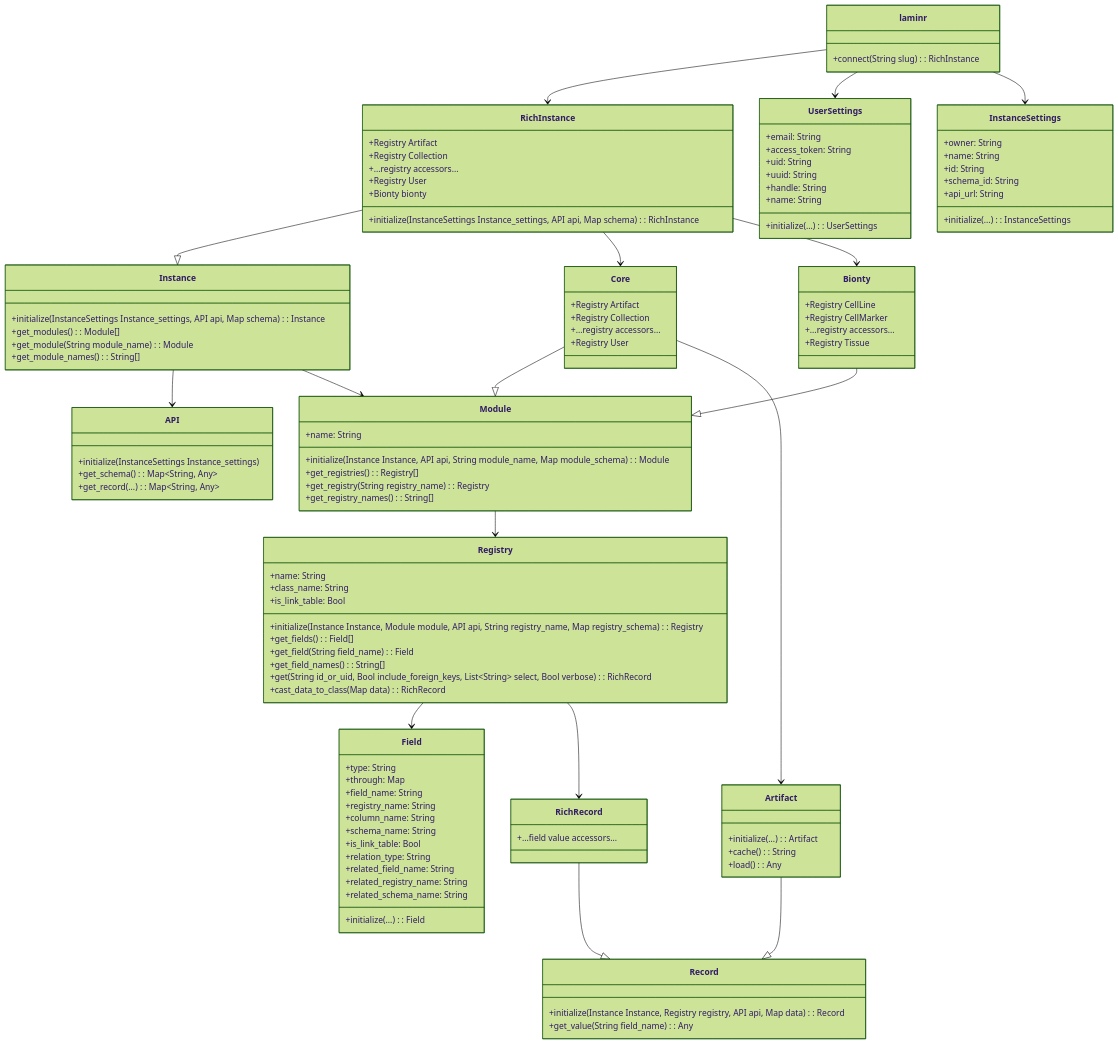
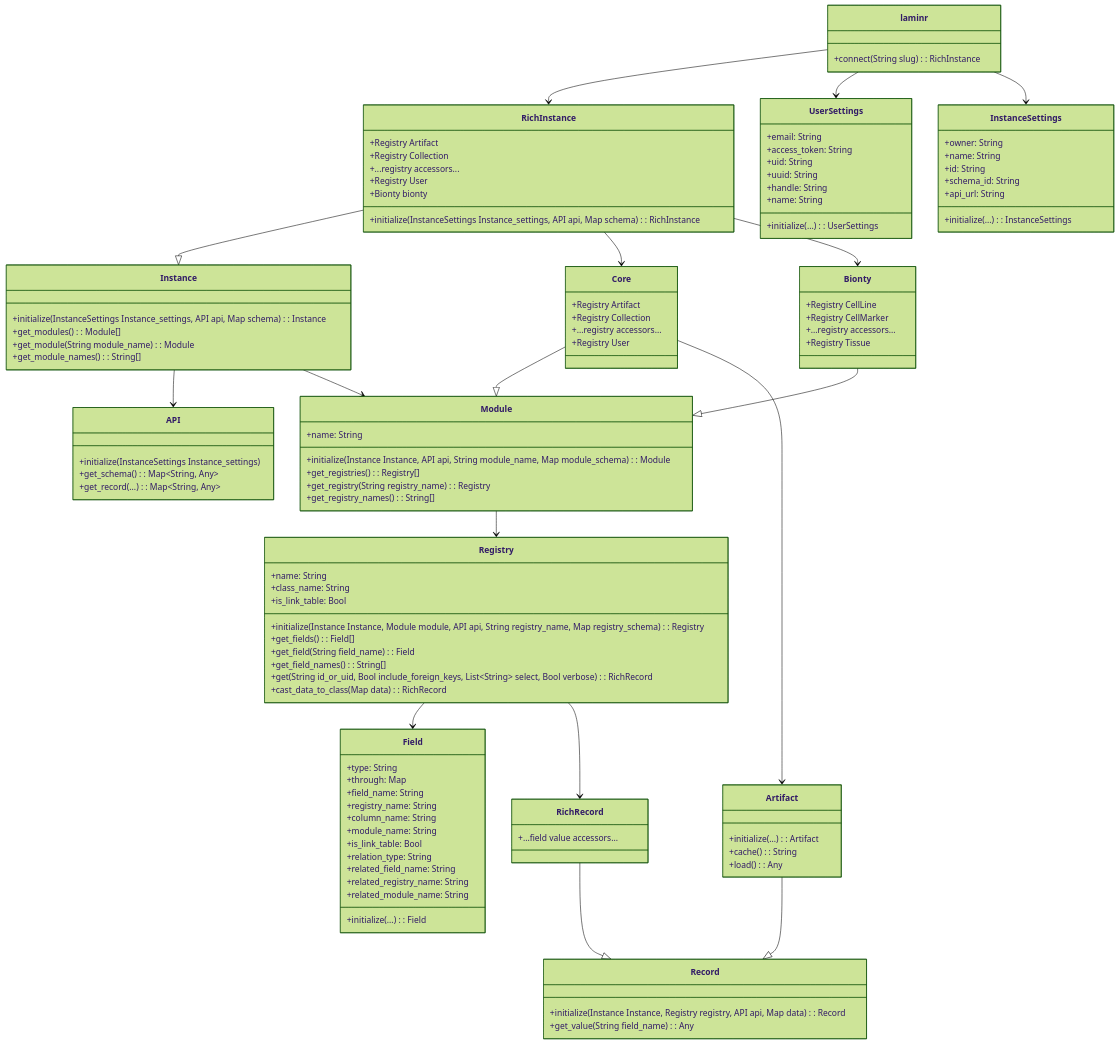
Before and after one commit to laminlabs/laminr: the diagram in docs/class_diagram.md, drawn with Mermaid (forest theme). The commit also changed 2 other files, not shown here.

Commit message:
fix renaming model to registry

```diff
--- a/docs/class_diagram.md
+++ b/docs/class_diagram.md
@@ -104,12 +104,12 @@
         +field_name: String
         +registry_name: String
         +column_name: String
-        +schema_name: String
+        +module_name: String
         +is_link_table: Bool
         +relation_type: String
         +related_field_name: String
         +related_registry_name: String
-        +related_schema_name: String
+        +related_module_name: String
 
     }
     class RichRecord{
```
